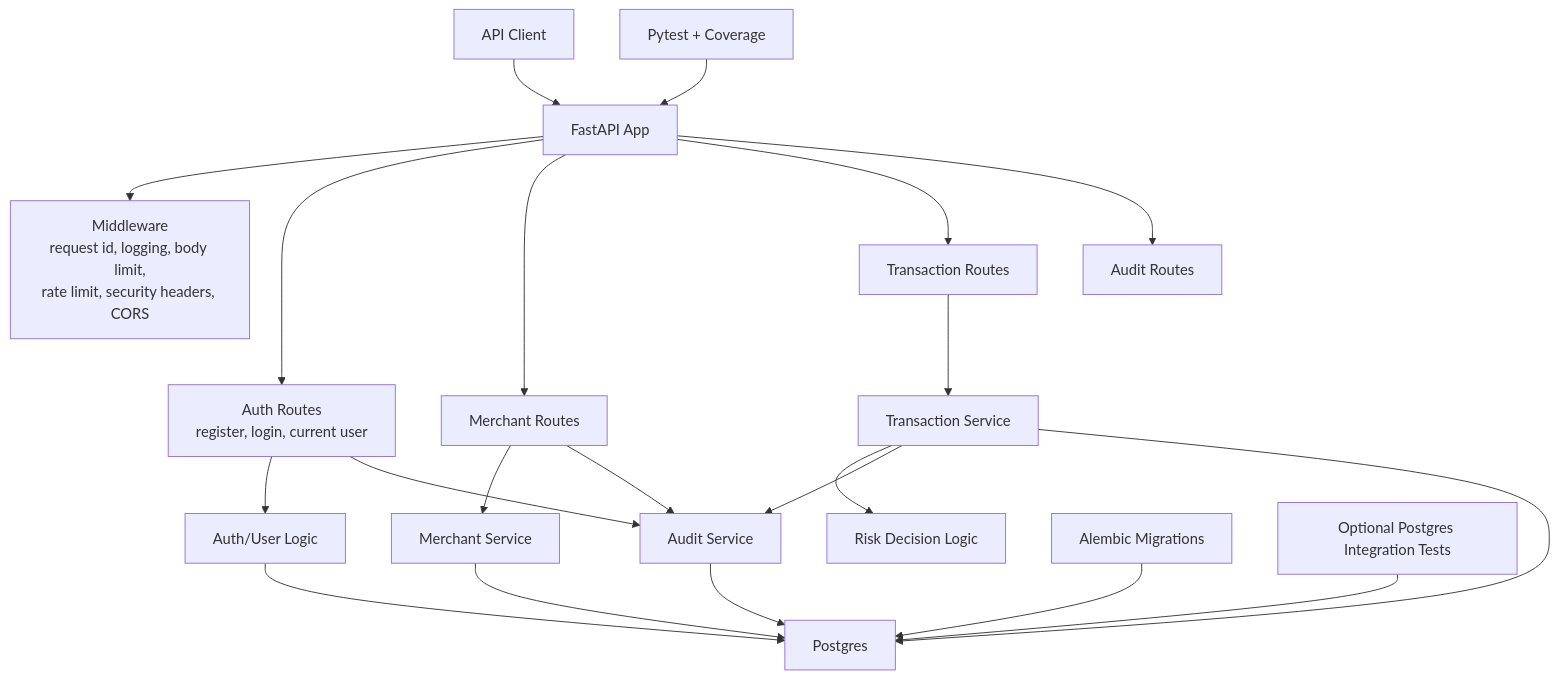
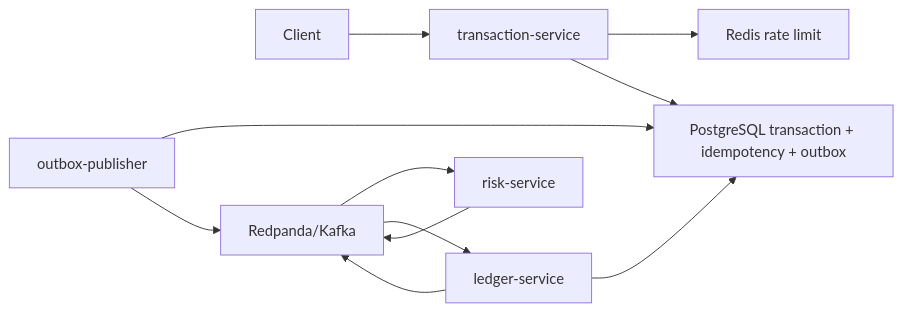
Before and after one commit to CTran10/clearance: the diagram in docs/architecture.md, drawn with Mermaid. The commit also changed other lines of this file and 3 other files, not shown here.

````diff
--- a/docs/architecture.md
+++ b/docs/architecture.md
@@ -7,26 +27,13 @@
 ```mermaid
-flowchart TD
-    Client["API Client"] --> FastAPI["FastAPI App"]
-    FastAPI --> Middleware["Middleware\nrequest id, logging, body limit,\nrate limit, security headers, CORS"]
-    FastAPI --> Auth["Auth Routes\nregister, login, current user"]
-    FastAPI --> Merchants["Merchant Routes"]
-    FastAPI --> Transactions["Transaction Routes"]
-    FastAPI --> Audit["Audit Routes"]
-
-    Auth --> UserService["Auth/User Logic"]
-    Merchants --> MerchantService["Merchant Service"]
-    Transactions --> TransactionService["Transaction Service"]
-    TransactionService --> Risk["Risk Decision Logic"]
-    TransactionService --> AuditService["Audit Service"]
-    Auth --> AuditService
-    Merchants --> AuditService
-
-    UserService --> DB["Postgres"]
-    MerchantService --> DB
-    TransactionService --> DB
-    AuditService --> DB
-
-    Alembic["Alembic Migrations"] --> DB
-    Tests["Pytest + Coverage"] --> FastAPI
-    Integration["Optional Postgres Integration Tests"] --> DB
+flowchart LR
+    Client["Client"] --> Tx["transaction-service"]
+    Tx --> Redis["Redis rate limit"]
+    Tx --> DB["PostgreSQL transaction + idempotency + outbox"]
+    Outbox["outbox-publisher"] --> DB
+    Outbox --> Kafka["Redpanda/Kafka"]
+    Kafka --> Risk["risk-service"]
+    Risk --> Kafka
+    Kafka --> Ledger["ledger-service"]
+    Ledger --> DB
+    Ledger --> Kafka
 ```
````
